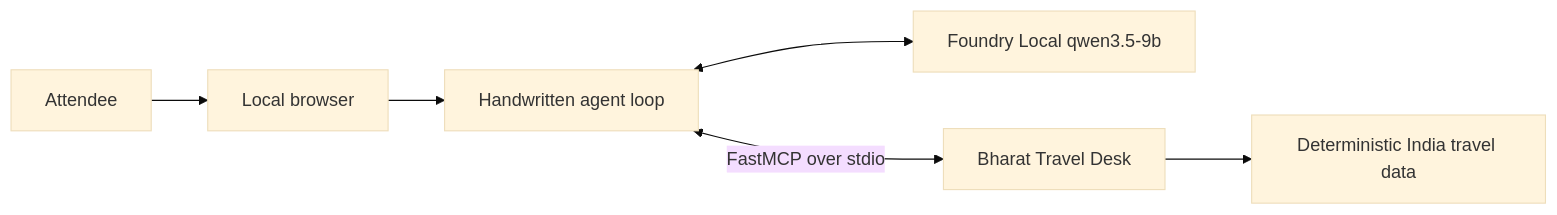
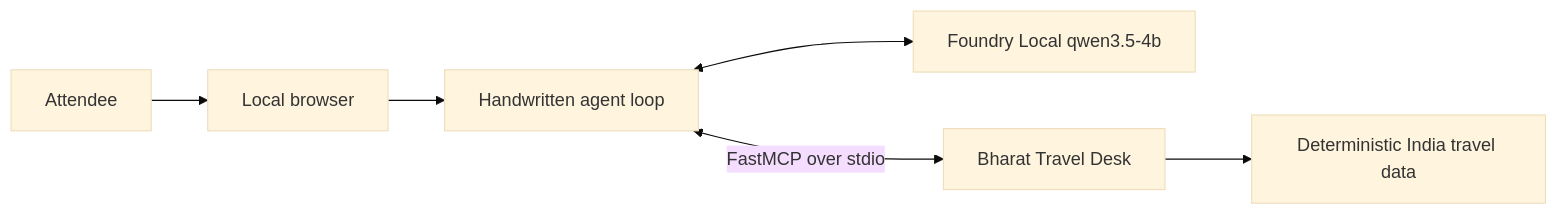
Before and after one commit to GlobalAICommunity/mcp-fl-workshop: the diagram in README.md, drawn with Mermaid (base theme). The commit also changed other lines of this file and 16 other files, not shown here.

````diff
--- a/README.md
+++ b/README.md
@@ -62,8 +62,8 @@
 ```mermaid
 flowchart LR
     U[Attendee] --> B[Local browser]
     B --> A[Handwritten agent loop]
-    A <--> F[Foundry Local qwen3.5-9b]
+    A <--> F[Foundry Local qwen3.5-4b]
     A <-->|FastMCP over stdio| S[Bharat Travel Desk]
     S --> D[Deterministic India travel data]
 ```
````
